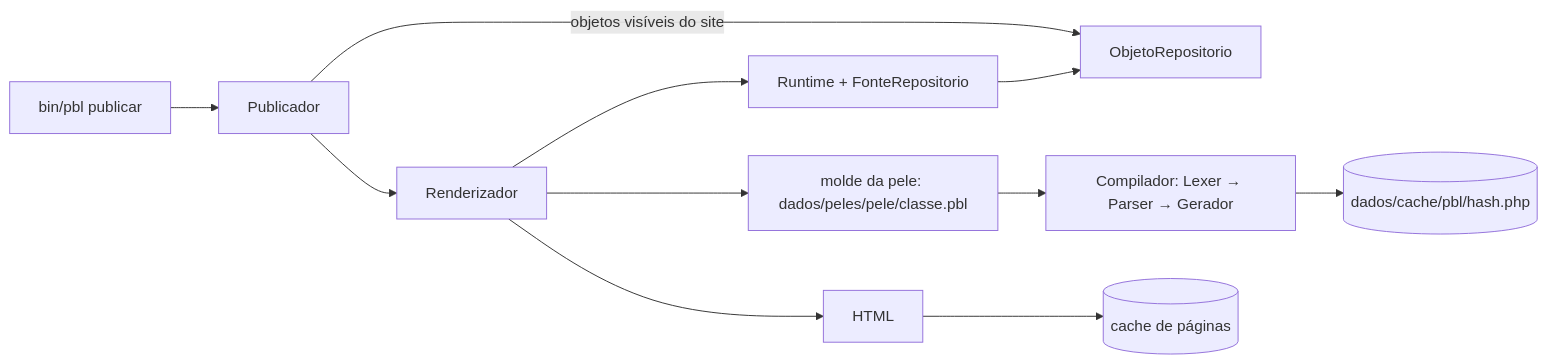
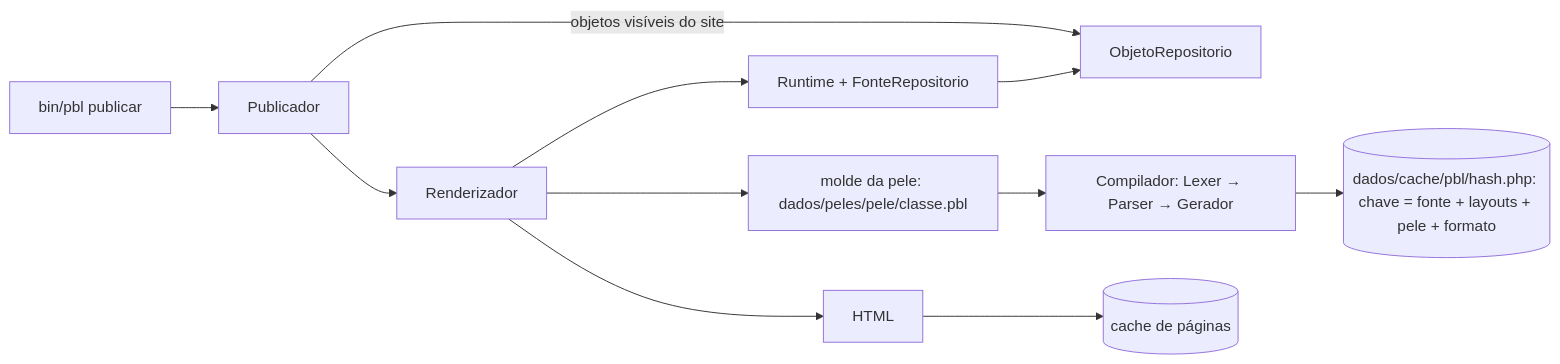
One commit to publicare/publicare4 changed the second of 4 diagrams in docs/tecnica/arquitetura.md. Above: the diagram before and after it, drawn with Mermaid. The commit also changed 8 other files, not shown here.

First line of the commit message:
dev_back_1: Chave do molde compilado agora segue estende pelo Parser + impressão da pele + FORMATO 2; limpeza do cache pbl em gravar/apagar molde e bin/pbl publicar; testes e docs

````diff
--- a/docs/tecnica/arquitetura.md
+++ b/docs/tecnica/arquitetura.md
@@ -29,12 +29,12 @@
 ```mermaid
 flowchart LR
     P[bin/pbl publicar] --> PU[Publicador]
     PU -->|objetos visíveis do site| OR[ObjetoRepositorio]
     PU --> RE[Renderizador]
     RE --> M[molde da pele: dados/peles/pele/classe.pbl]
     M --> CO[Compilador: Lexer → Parser → Gerador]
-    CO --> PHP[(dados/cache/pbl/hash.php)]
+    CO --> PHP[(dados/cache/pbl/hash.php: chave = fonte + layouts + pele + formato)]
     RE --> RT[Runtime + FonteRepositorio]
     RT --> OR
     RE --> HTML[HTML] --> F[(cache de páginas)]
 ```
````
